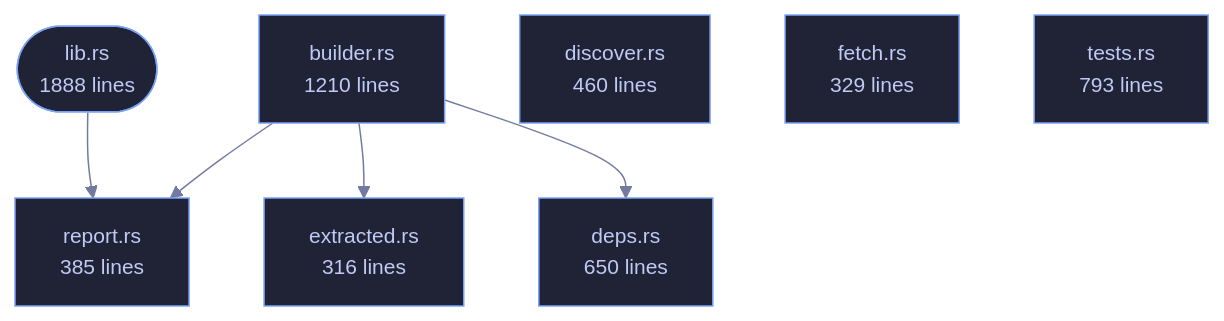
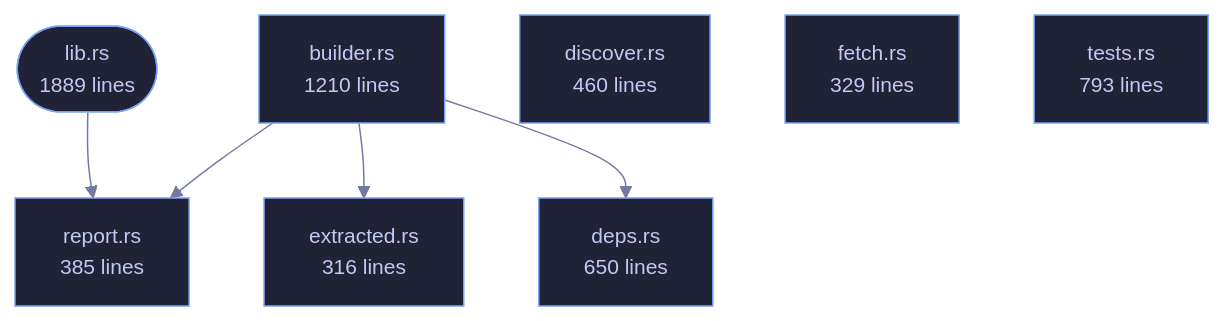
One commit to tilas01/veilvoice changed the diagram in crates/veilvoice-verify/README.md. Above: the diagram before and after it, drawn with Mermaid. The commit also changed other lines of this file and 68 other files, not shown here.

````diff
--- a/crates/veilvoice-verify/README.md
+++ b/crates/veilvoice-verify/README.md
@@ -93,24 +93,24 @@
 ```mermaid
 %%{init: {"theme":"base","themeVariables":{"background":"#1a1b26","primaryColor":"#1f2335","primaryTextColor":"#c0caf5","primaryBorderColor":"#7aa2f7","secondaryColor":"#16161e","tertiaryColor":"#16161e","lineColor":"#737aa2","textColor":"#c0caf5","mainBkg":"#1f2335","nodeBorder":"#7aa2f7","clusterBkg":"#16161e","clusterBorder":"#2f3549","fontFamily":"ui-monospace, SFMono-Regular, Consolas, monospace","fontSize":"14px"}}}%%
 flowchart TD
-    n_lib(["lib.rs<br/>1888 lines"])
+    n_lib(["lib.rs<br/>1889 lines"])
     n_builder["builder.rs<br/>1210 lines"]
     n_deps["deps.rs<br/>650 lines"]
     n_discover["discover.rs<br/>460 lines"]
     n_extracted["extracted.rs<br/>316 lines"]
     n_fetch["fetch.rs<br/>329 lines"]
     n_report["report.rs<br/>385 lines"]
     n_tests["tests.rs<br/>793 lines"]
     n_builder --> n_deps
     n_builder --> n_extracted
     n_builder --> n_report
     n_lib --> n_report
     click n_lib href "https://github.com/tilas01/veilvoice/blob/main/crates/veilvoice-verify/src/lib.rs" "open the source"
     click n_builder href "https://github.com/tilas01/veilvoice/blob/main/crates/veilvoice-verify/src/builder.rs" "open the source"
     click n_deps href "https://github.com/tilas01/veilvoice/blob/main/crates/veilvoice-verify/src/deps.rs" "open the source"
     click n_discover href "https://github.com/tilas01/veilvoice/blob/main/crates/veilvoice-verify/src/discover.rs" "open the source"
     click n_extracted href "https://github.com/tilas01/veilvoice/blob/main/crates/veilvoice-verify/src/extracted.rs" "open the source"
     click n_fetch href "https://github.com/tilas01/veilvoice/blob/main/crates/veilvoice-verify/src/fetch.rs" "open the source"
     click n_report href "https://github.com/tilas01/veilvoice/blob/main/crates/veilvoice-verify/src/report.rs" "open the source"
     click n_tests href "https://github.com/tilas01/veilvoice/blob/main/crates/veilvoice-verify/src/tests.rs" "open the source"
 ```
````
